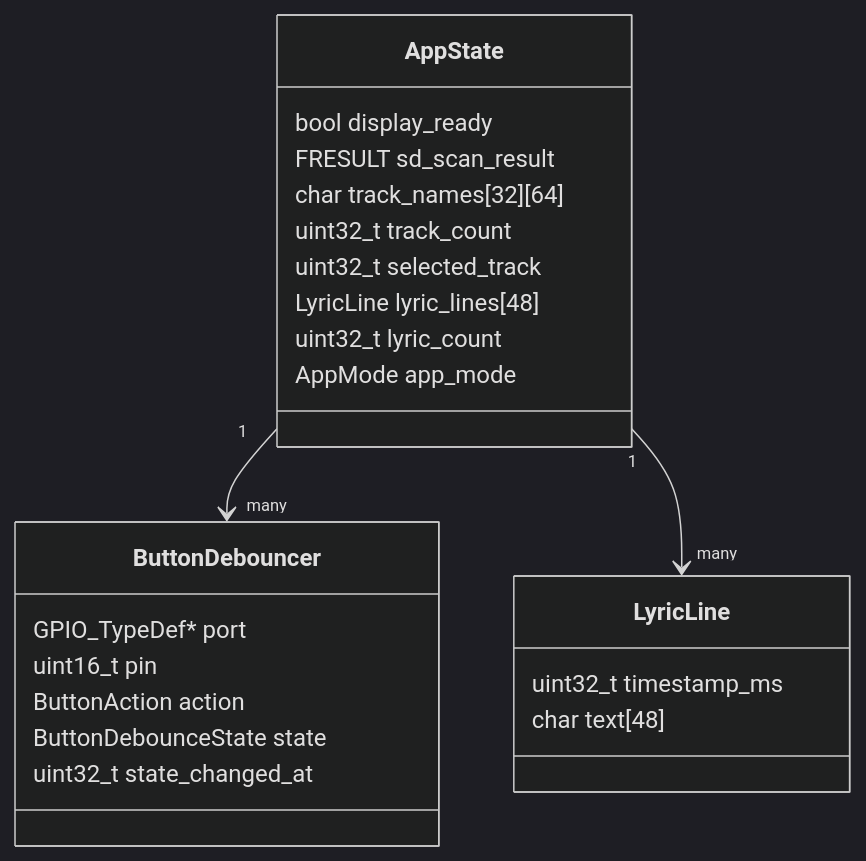
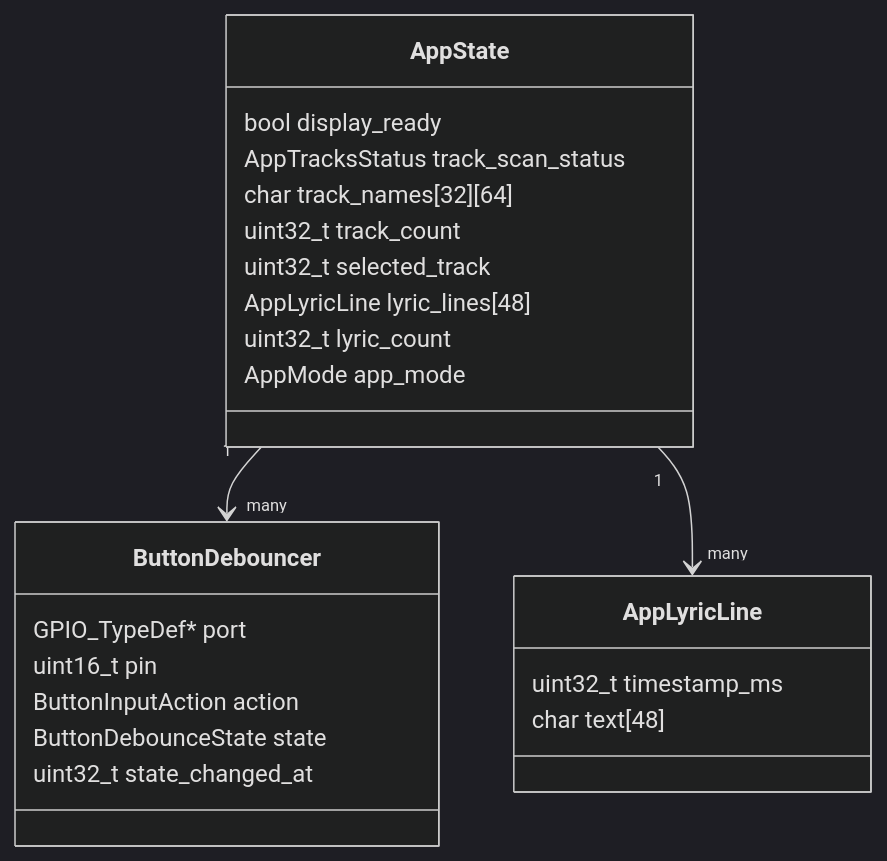
Diagram 11 of 11 in AGENTS.md (oscarsg29/lyrics_display), drawn with Mermaid (dark theme) before and after one commit. The commit also changed other lines of this file and 20 other files, not shown here.

````diff
--- a/AGENTS.md
+++ b/AGENTS.md
@@ -343,29 +491,29 @@
 ```mermaid
 classDiagram
     class ButtonDebouncer {
         GPIO_TypeDef* port
         uint16_t pin
-        ButtonAction action
+        ButtonInputAction action
         ButtonDebounceState state
         uint32_t state_changed_at
     }
 
-    class LyricLine {
+    class AppLyricLine {
         uint32_t timestamp_ms
         char text[48]
     }
 
     class AppState {
         bool display_ready
-        FRESULT sd_scan_result
+        AppTracksStatus track_scan_status
         char track_names[32][64]
         uint32_t track_count
         uint32_t selected_track
-        LyricLine lyric_lines[48]
+        AppLyricLine lyric_lines[48]
         uint32_t lyric_count
         AppMode app_mode
     }
 
     AppState "1" --> "many" ButtonDebouncer
-    AppState "1" --> "many" LyricLine
+    AppState "1" --> "many" AppLyricLine
 ```
````
